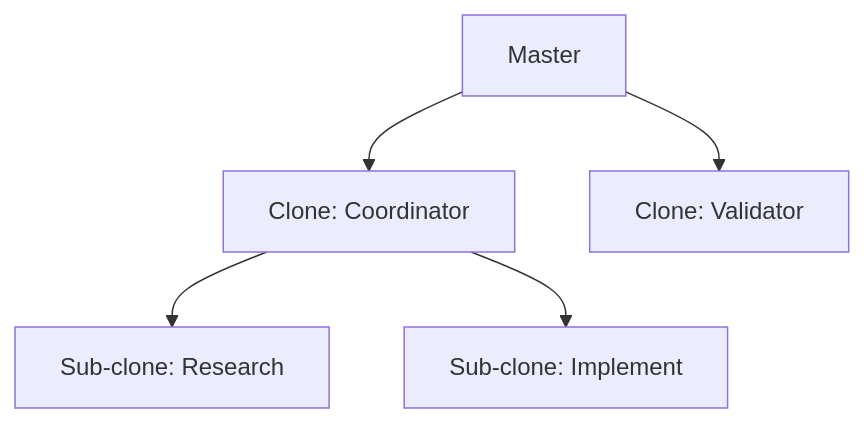
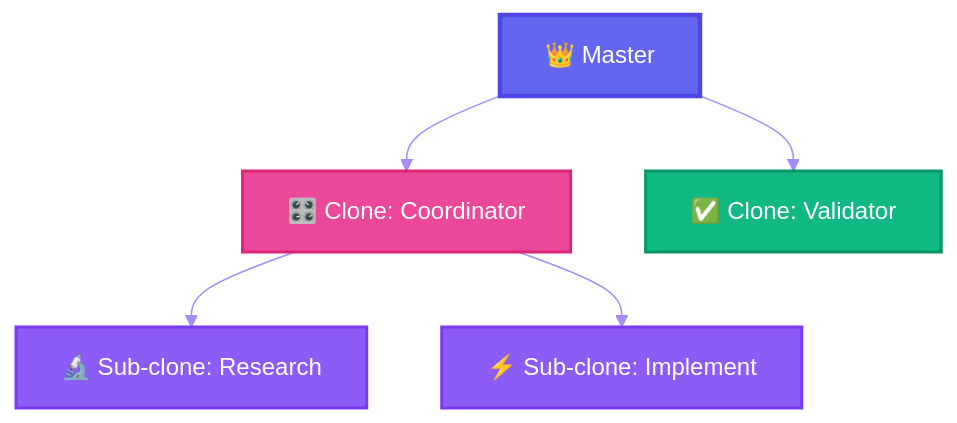
Before and after one commit to ThibautMelen/agentic-ai-systems: the fourth of 5 diagrams in patterns/04-master-clone-architecture.md, drawn with Mermaid. The commit also changed other lines of this file and 7 other files, not shown here.

First line of the commit message:
style(diagrams): add vibrant colors to all Mermaid diagrams

````diff
--- a/patterns/04-master-clone-architecture.md
+++ b/patterns/04-master-clone-architecture.md
@@ -196,7 +206,13 @@
 ```mermaid
+%%{init: {'theme': 'base', 'themeVariables': { 'primaryColor': '#8b5cf6', 'primaryTextColor': '#ffffff', 'primaryBorderColor': '#7c3aed', 'lineColor': '#a78bfa'}}}%%
 flowchart TB
-    M[Master] --> C1[Clone: Coordinator]
-    C1 --> C1A[Sub-clone: Research]
-    C1 --> C1B[Sub-clone: Implement]
-    M --> C2[Clone: Validator]
+    M[👑 Master]:::masterNode --> C1[🎛️ Clone: Coordinator]:::coordNode
+    C1 --> C1A[🔬 Sub-clone: Research]:::subNode
+    C1 --> C1B[⚡ Sub-clone: Implement]:::subNode
+    M --> C2[✅ Clone: Validator]:::validatorNode
+
+    classDef masterNode fill:#6366f1,stroke:#4f46e5,stroke-width:3px,color:#ffffff
+    classDef coordNode fill:#ec4899,stroke:#db2777,stroke-width:2px,color:#ffffff
+    classDef subNode fill:#8b5cf6,stroke:#7c3aed,stroke-width:2px,color:#ffffff
+    classDef validatorNode fill:#10b981,stroke:#059669,stroke-width:2px,color:#ffffff
 ```
````
